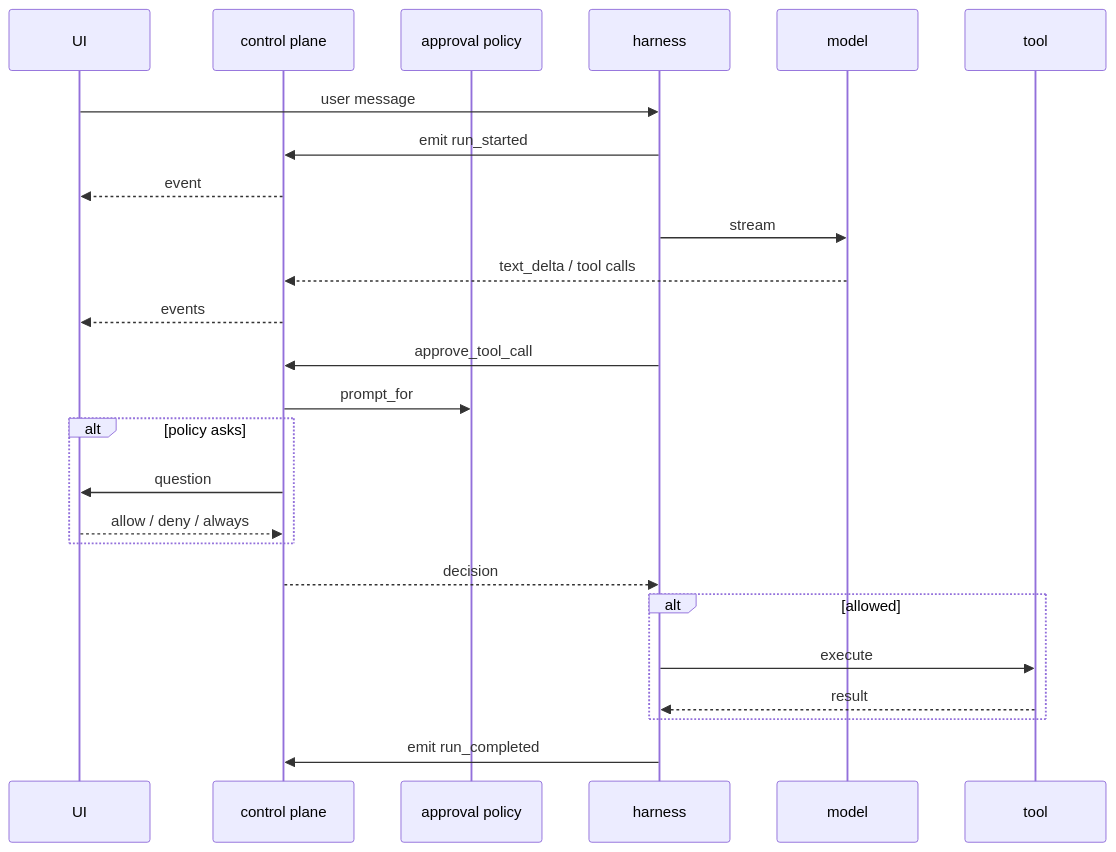
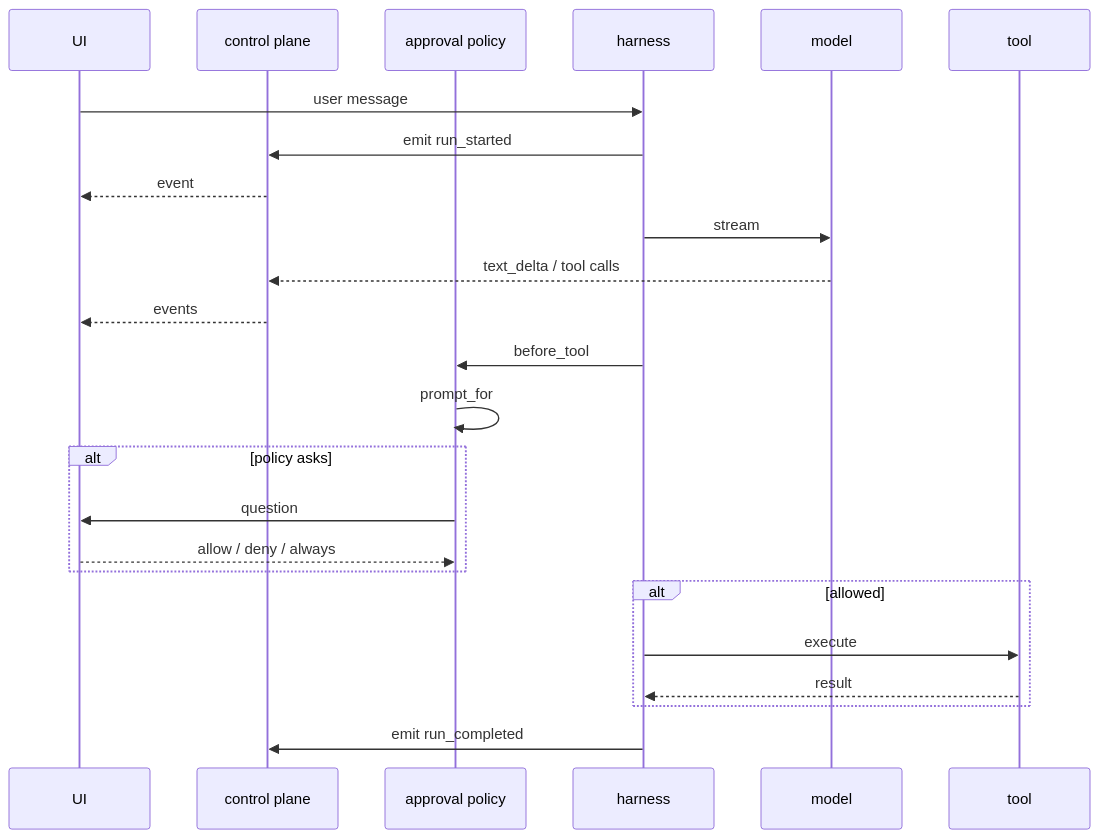
One commit to Sarthakischauhan/symphony changed the second of 2 diagrams in docs/developer-guide/architecture.md. Above: the diagram before and after it, drawn with Mermaid. The commit also changed other lines of this file and 63 other files, not shown here.

Commit message:
refactor: clean up event and runtime architecture

````diff
--- a/docs/developer-guide/architecture.md
+++ b/docs/developer-guide/architecture.md
@@ -69,28 +68,27 @@
 ```mermaid
 sequenceDiagram
     participant U as UI
     participant CP as control plane
     participant P as approval policy
     participant H as harness
     participant M as model
     participant T as tool
 
     U->>H: user message
     H->>CP: emit run_started
     CP-->>U: event
     H->>M: stream
     M-->>CP: text_delta / tool calls
     CP-->>U: events
-    H->>CP: approve_tool_call
-    CP->>P: prompt_for
+    H->>P: before_tool
+    P->>P: prompt_for
     alt policy asks
-        CP->>U: question
-        U-->>CP: allow / deny / always
+        P->>U: question
+        U-->>P: allow / deny / always
     end
-    CP-->>H: decision
     alt allowed
         H->>T: execute
         T-->>H: result
     end
     H->>CP: emit run_completed
 ```
````
